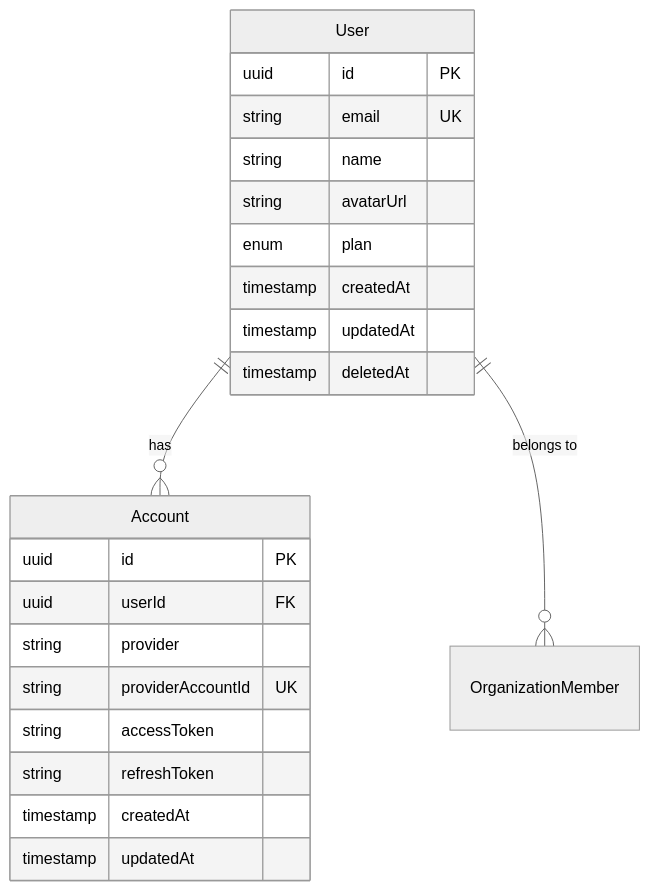
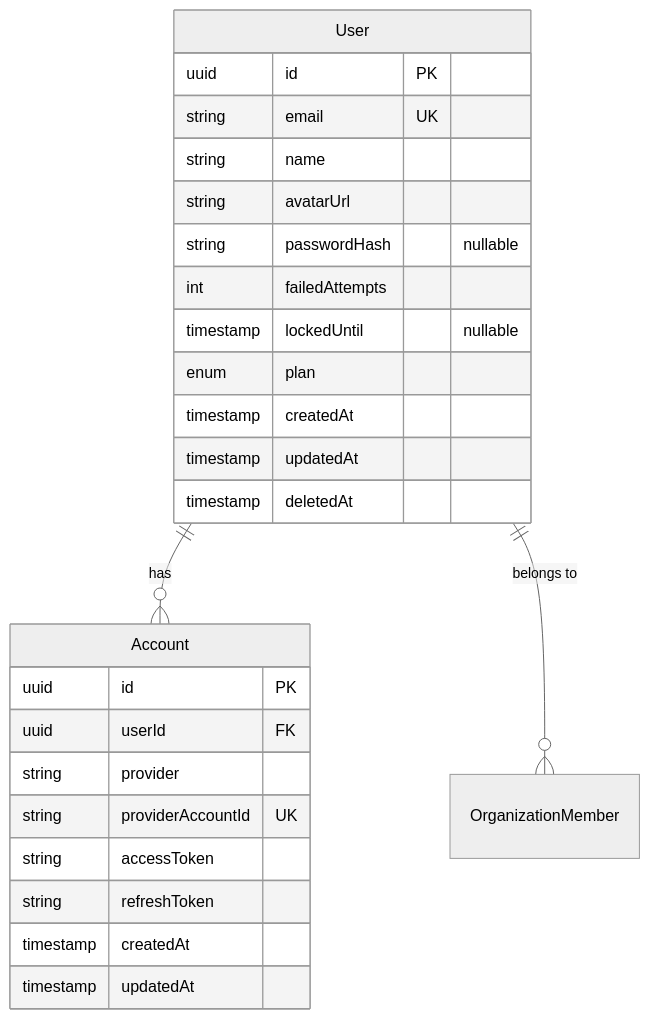
Before and after one commit to tsutsumi389/agentest: the fifth of 5 diagrams in docs/architecture/features/user-management.md, drawn with Mermaid (neutral theme). The commit also changed other lines of this file and 45 other files, not shown here.

````diff
--- a/docs/architecture/features/user-management.md
+++ b/docs/architecture/features/user-management.md
@@ -160,27 +168,30 @@
 ```mermaid
 erDiagram
     User ||--o{ Account : "has"
     User ||--o{ OrganizationMember : "belongs to"
 
     User {
         uuid id PK
         string email UK
         string name
         string avatarUrl
+        string passwordHash "nullable"
+        int failedAttempts
+        timestamp lockedUntil "nullable"
         enum plan
         timestamp createdAt
         timestamp updatedAt
         timestamp deletedAt
     }
 
     Account {
         uuid id PK
         uuid userId FK
         string provider
         string providerAccountId UK
         string accessToken
         string refreshToken
         timestamp createdAt
         timestamp updatedAt
     }
 ```
````
